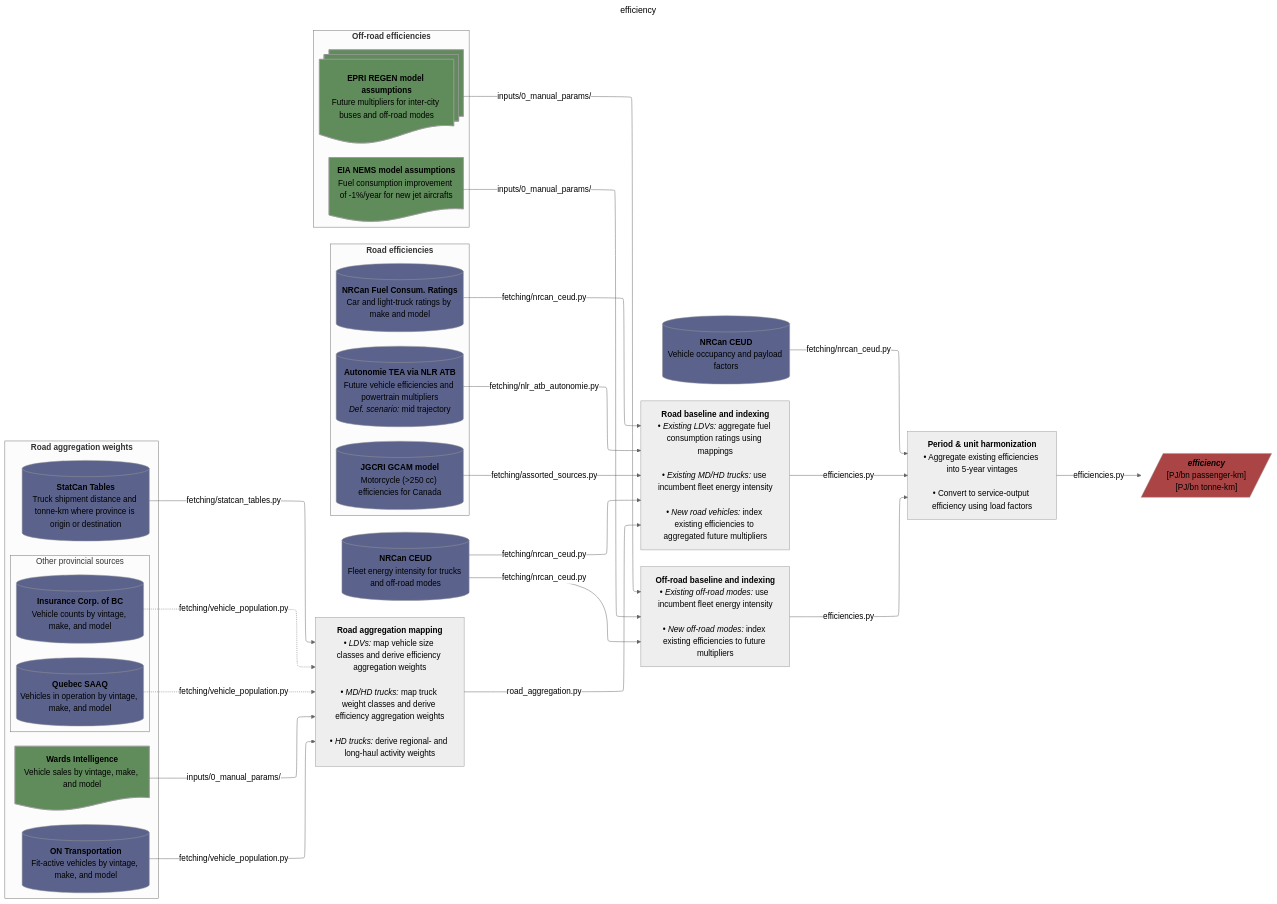
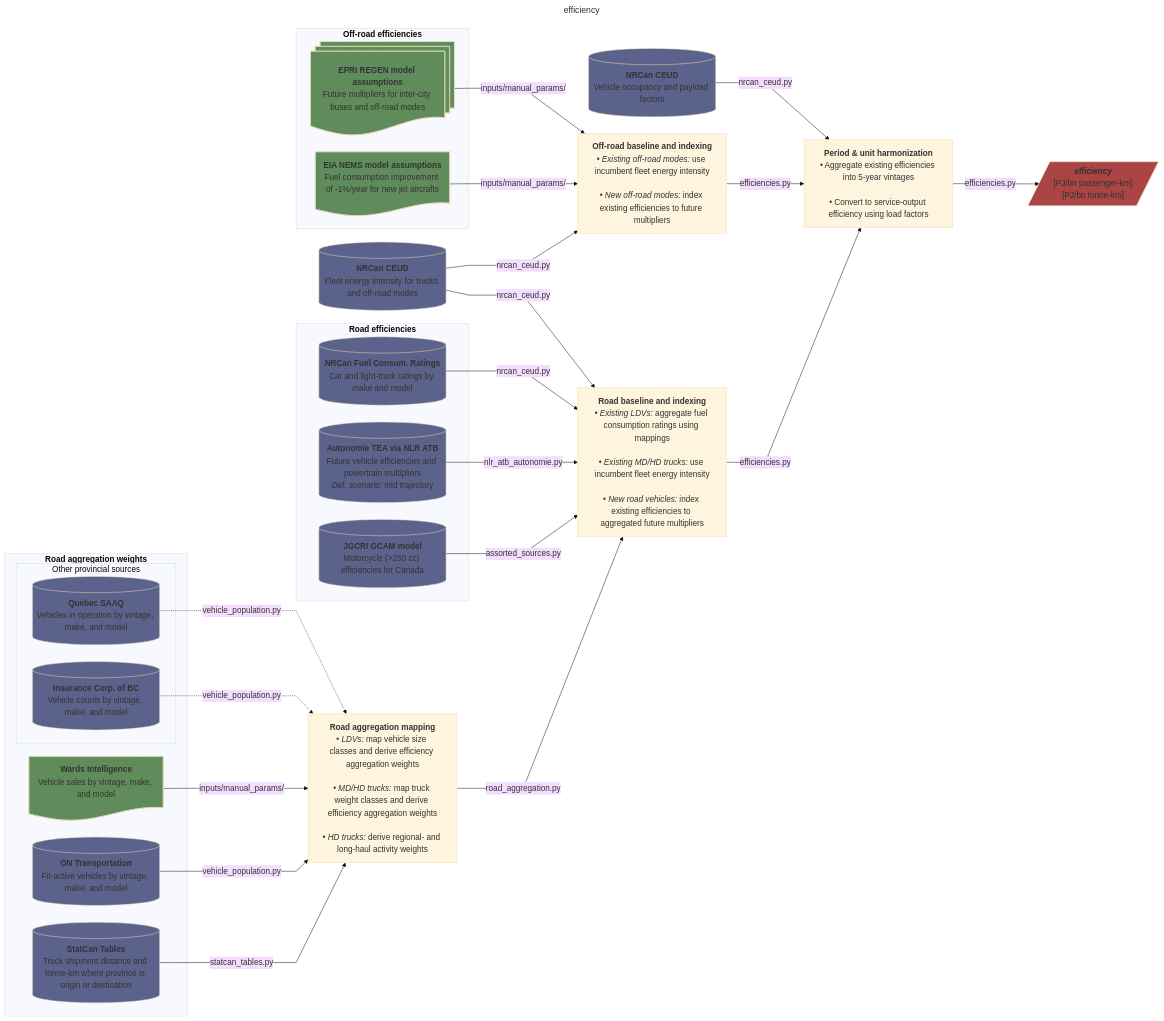
One commit to CANOE-main/canoe-transportation changed the seventh of 9 diagrams in README.md. Above: the diagram before and after it, drawn with Mermaid. The commit also changed other lines of this file and 11 other files, not shown here.

Commit message:
# Updated README.md - adapted rendering of mermaid flowcharts to align with Github environment - implemented a workflow friction reduction pass

```diff
--- a/README.md
+++ b/README.md
@@ -352,21 +464,15 @@
 ---
 title: efficiency
 config:
-  layout: elk
-  elk: 
-    nodePlacementStrategy: BRANDES_KOEPF
-    cycleBreakingStrategy: GREEDY_MODEL_ORDER
-    mergeEdges: false
-    forceNodeModelOrder: false
-    considerModelOrder: PREFER_NODES
-  theme: neutral
+  layout: dagre
+  theme: base
   themeVariables:
     fontSize: 17px
   flowchart:
     nodeSpacing: 35
     rankSpacing: 50
     wrappingWidth: 250
-    curve: basis
+    curve: linear
 ---
 flowchart LR
   %% --- Sources ---
@@ -389,15 +495,15 @@
 	  
   %% --- Processes ---
   p0["`**Road aggregation mapping**<br>• *LDVs:* map vehicle size classes and derive efficiency aggregation weights<br><br>• *MD/HD trucks:* map truck weight classes and derive efficiency aggregation weights<br><br>• *HD trucks:* derive regional- and long-haul activity weights`"]
-  s3 -- inputs/0_manual_params/ --> p0
-  s4 -- fetching/vehicle_population.py --> p0
-  s5 & s6 -. "fetching/vehicle_population.py" .-> p0
-  s10 -- fetching/statcan_tables.py --> p0
+  s3 -- inputs/manual_params/ --> p0
+  s4 -- vehicle_population.py --> p0
+  s5 & s6 -. "vehicle_population.py" .-> p0
+  s10 -- statcan_tables.py --> p0
 	  
   p2["`**Road baseline and indexing**<br>• *Existing LDVs:* aggregate fuel consumption ratings using mappings<br><br>• *Existing MD/HD trucks:* use incumbent fleet energy intensity<br><br>• *New road vehicles:* index existing efficiencies to aggregated future multipliers`"]
-  s1 -- fetching/nrcan_ceud.py --> p2
-  s2 -- fetching/nlr_atb_autonomie.py --> p2
-  s2_2 -- fetching/assorted_sources.py --> p2
+  s1 -- nrcan_ceud.py --> p2
+  s2 -- nlr_atb_autonomie.py --> p2
+  s2_2 -- assorted_sources.py --> p2
   p0 -- road_aggregation.py --> p2
   
   %% --- Sources ---
@@ -408,15 +514,15 @@
 	  
   %% --- Processes ---
   p3["`**Off-road baseline and indexing**<br>• *Existing off-road modes:* use incumbent fleet energy intensity<br><br>• *New off-road modes:* index existing efficiencies to future multipliers`"]
-  s7 -- inputs/0_manual_params/ --> p3
-  s8 -- inputs/0_manual_params/ --> p3
+  s7 -- inputs/manual_params/ --> p3
+  s8 -- inputs/manual_params/ --> p3
   
-  s0 -- fetching/nrcan_ceud.py --> p2
-  s0 -- fetching/nrcan_ceud.py --> p3
+  s0 -- nrcan_ceud.py --> p2
+  s0 -- nrcan_ceud.py --> p3
   
   %% --- Processes ---
   p4["`**Period & unit harmonization**<br>• Aggregate existing efficiencies into 5-year vintages<br><br>• Convert to service-output efficiency using load factors`"]
-  s9 -- fetching/nrcan_ceud.py --> p4
+  s9 -- nrcan_ceud.py --> p4
   p2 -- efficiencies.py --> p4
   p3 -- efficiencies.py --> p4
 
```
